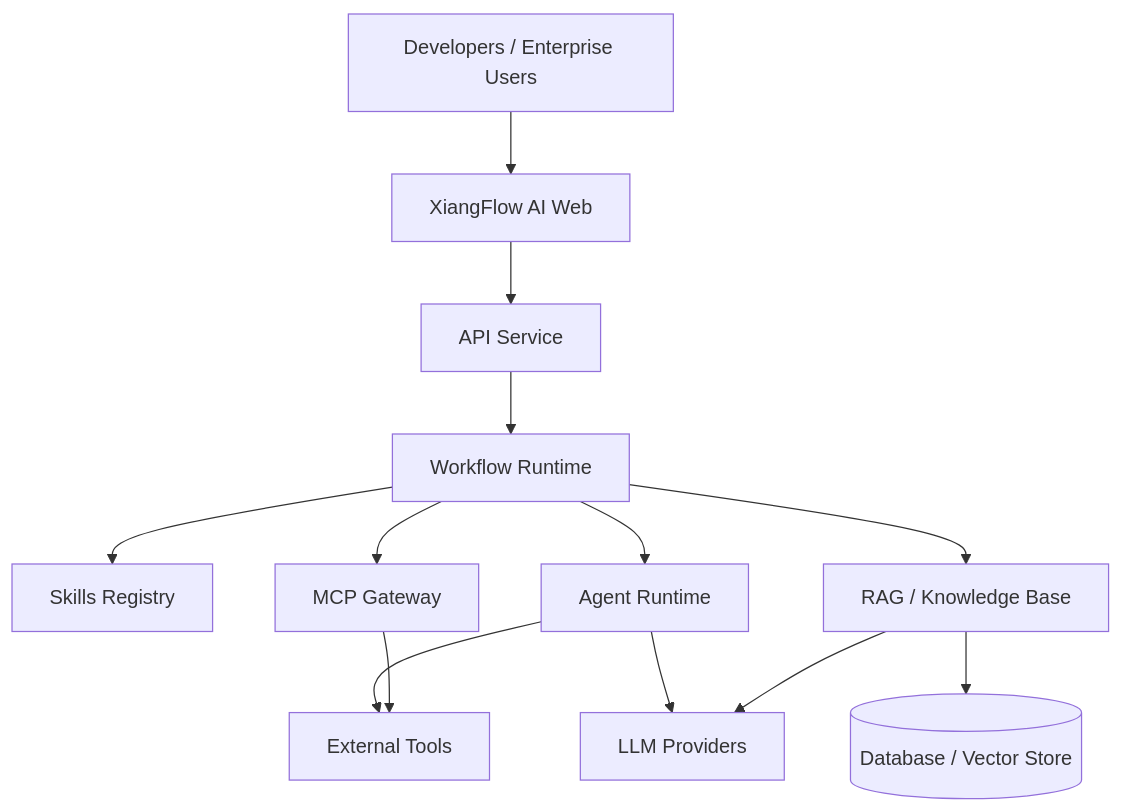
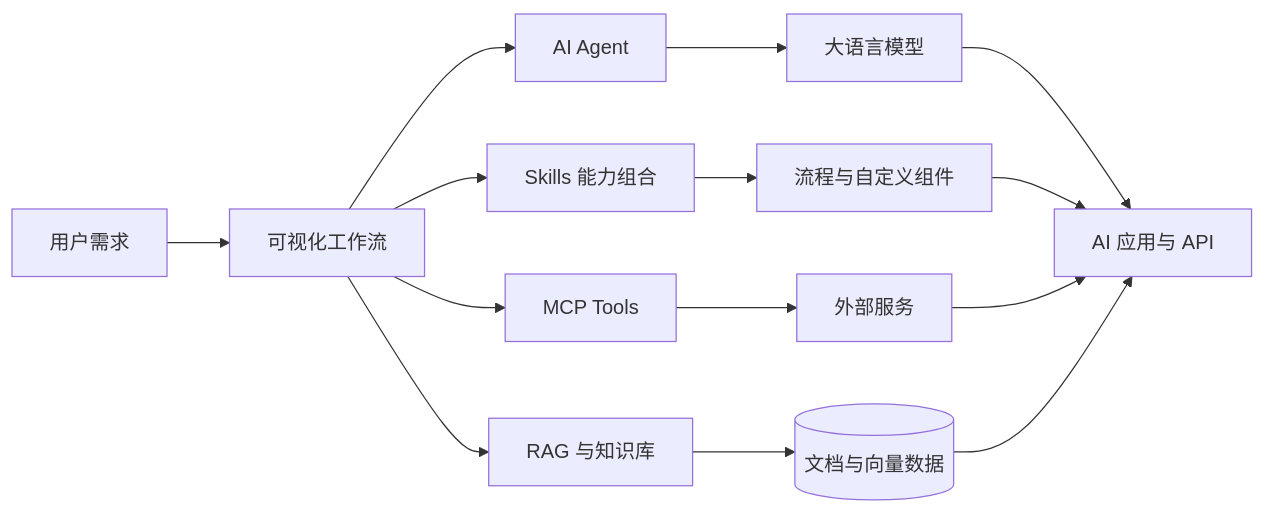
Before and after one commit to lien0219/openxflow: the first of 2 diagrams in README.md, drawn with Mermaid. The commit also changed other lines of this file and 1 other file, not shown here.

Commit message:
docs: redesign XiangFlow AI bilingual README

````diff
--- a/README.md
+++ b/README.md
@@ -141,27 +101,18 @@
 ```mermaid
-flowchart TB
-    User[Developers / Enterprise Users]
-    Web[XiangFlow AI Web]
-    API[API Service]
-    Runtime[Workflow Runtime]
-    Skills[Skills Registry]
-    MCP[MCP Gateway]
-    Agents[Agent Runtime]
-    RAG[RAG / Knowledge Base]
-    Models[LLM Providers]
-    Tools[External Tools]
-    Storage[(Database / Vector Store)]
+flowchart LR
+    User[用户需求] --> Canvas[可视化工作流]
+    Canvas --> Agent[AI Agent]
+    Canvas --> Skills[Skills 能力组合]
+    Canvas --> MCP[MCP Tools]
+    Canvas --> RAG[RAG 与知识库]
 
-    User --> Web
-    Web --> API
-    API --> Runtime
-    Runtime --> Skills
-    Runtime --> MCP
-    Runtime --> Agents
-    Runtime --> RAG
-    Agents --> Models
-    Agents --> Tools
-    RAG --> Models
-    RAG --> Storage
-    MCP --> Tools
+    Agent --> Models[大语言模型]
+    Skills --> Components[流程与自定义组件]
+    MCP --> Services[外部服务]
+    RAG --> Data[(文档与向量数据)]
+
+    Models --> Result[AI 应用与 API]
+    Components --> Result
+    Services --> Result
+    Data --> Result
 ```
````
